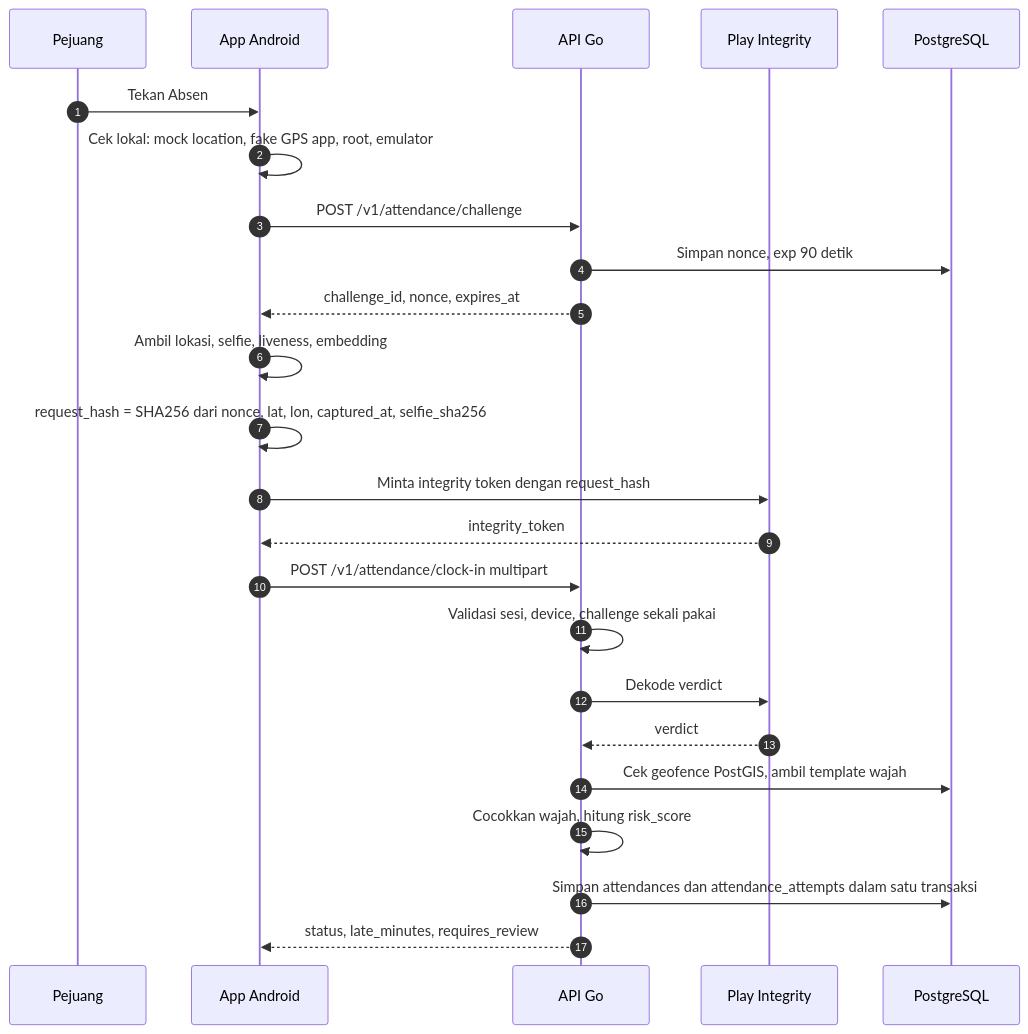
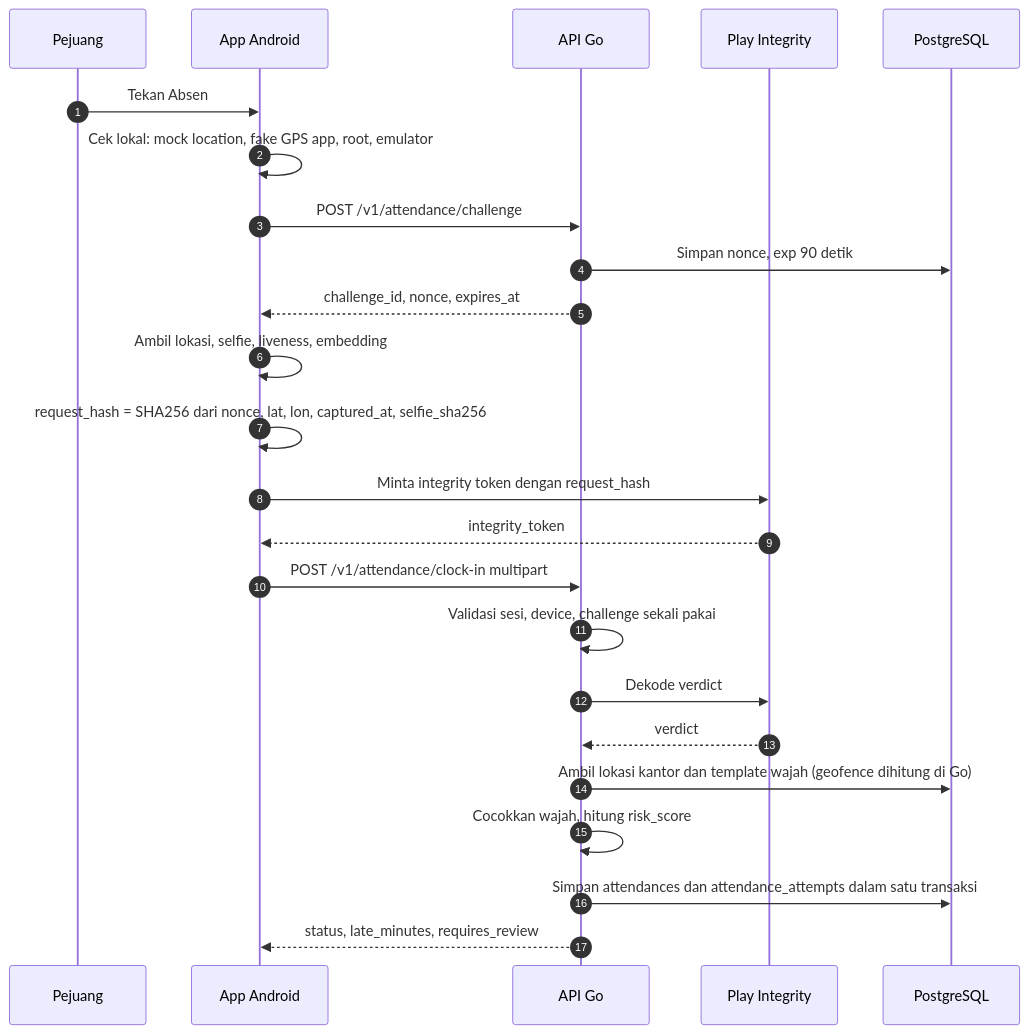
Before and after one commit to rzarxx/HRIS: the eighth of 29 diagrams in MASTER.md, drawn with Mermaid. The commit also changed other lines of this file and 32 other files, not shown here.

First line of the commit message:
feat: lokasi kantor, geofence, shift, dan hari libur

````diff
--- a/MASTER.md
+++ b/MASTER.md
@@ -873,26 +917,26 @@
 ```mermaid
 sequenceDiagram
     autonumber
     participant U as Pejuang
     participant A as App Android
     participant S as API Go
     participant G as Play Integrity
     participant D as PostgreSQL
     U->>A: Tekan Absen
     A->>A: Cek lokal: mock location, fake GPS app, root, emulator
     A->>S: POST /v1/attendance/challenge
     S->>D: Simpan nonce, exp 90 detik
     S-->>A: challenge_id, nonce, expires_at
     A->>A: Ambil lokasi, selfie, liveness, embedding
     A->>A: request_hash = SHA256 dari nonce, lat, lon, captured_at, selfie_sha256
     A->>G: Minta integrity token dengan request_hash
     G-->>A: integrity_token
     A->>S: POST /v1/attendance/clock-in multipart
     S->>S: Validasi sesi, device, challenge sekali pakai
     S->>G: Dekode verdict
     G-->>S: verdict
-    S->>D: Cek geofence PostGIS, ambil template wajah
+    S->>D: Ambil lokasi kantor dan template wajah (geofence dihitung di Go)
     S->>S: Cocokkan wajah, hitung risk_score
     S->>D: Simpan attendances dan attendance_attempts dalam satu transaksi
     S-->>A: status, late_minutes, requires_review
 ```
````
